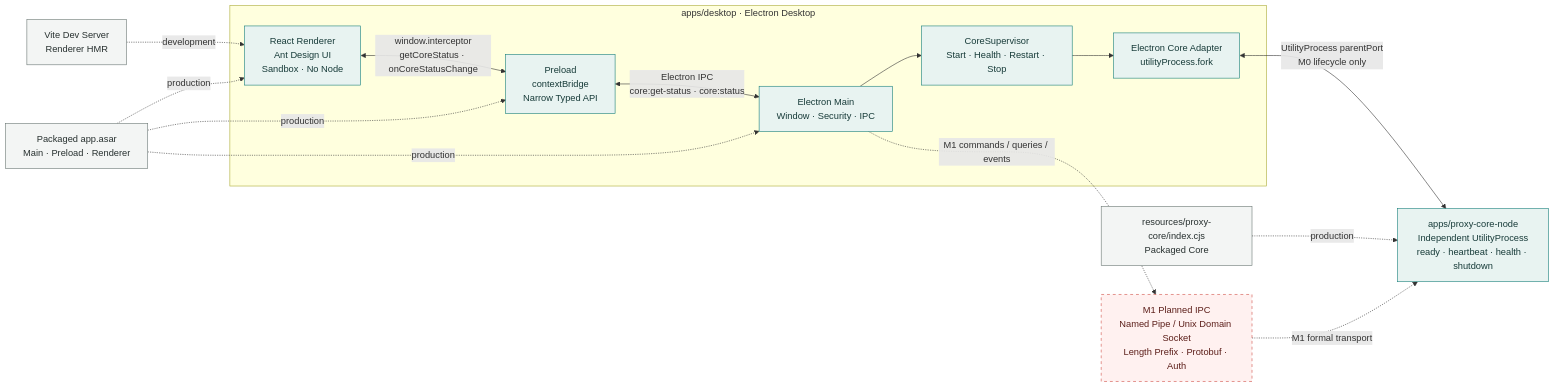
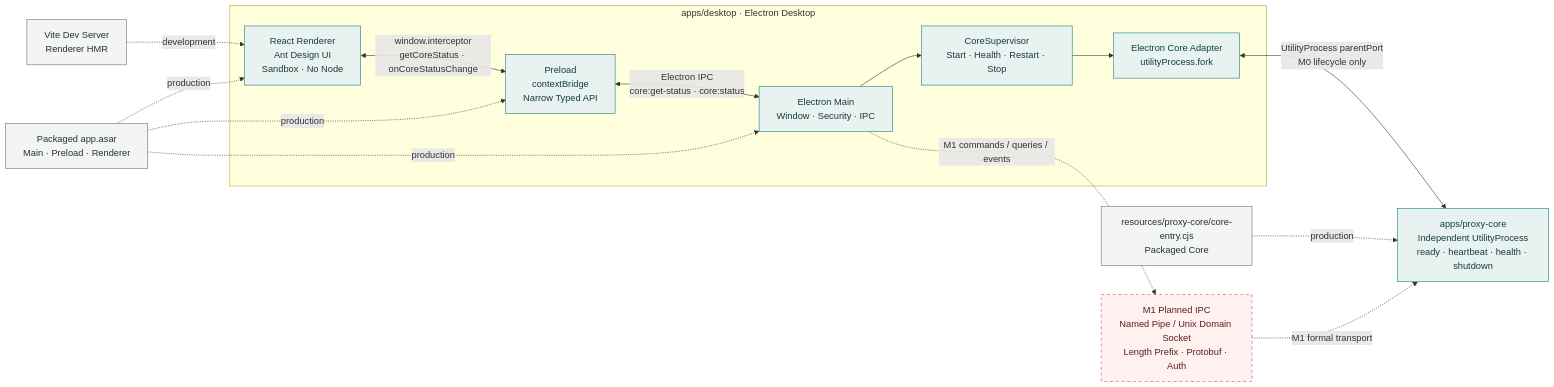
Before and after one commit to zhxmt-xm/Interceptor: the diagram in stages/M0.md, drawn with Mermaid. The commit also changed other lines of this file and 46 other files, not shown here.

Commit message:
feat: complete M1 core process foundation

````diff
--- a/stages/M0.md
+++ b/stages/M0.md
@@ -243,39 +247,39 @@
 ```mermaid
 flowchart LR
 	subgraph DESKTOP["apps/desktop · Electron Desktop"]
 		RENDERER["React Renderer<br/>Ant Design UI<br/>Sandbox · No Node"]
 		PRELOAD["Preload<br/>contextBridge<br/>Narrow Typed API"]
 		MAIN["Electron Main<br/>Window · Security · IPC"]
 		SUPERVISOR["CoreSupervisor<br/>Start · Health · Restart · Stop"]
 		ADAPTER["Electron Core Adapter<br/>utilityProcess.fork"]
 	end
 
-	CORE["apps/proxy-core-node<br/>Independent UtilityProcess<br/>ready · heartbeat · health · shutdown"]
+	CORE["apps/proxy-core<br/>Independent UtilityProcess<br/>ready · heartbeat · health · shutdown"]
 	VITE["Vite Dev Server<br/>Renderer HMR"]
 	ASAR["Packaged app.asar<br/>Main · Preload · Renderer"]
-	RESOURCE["resources/proxy-core/index.cjs<br/>Packaged Core"]
+	RESOURCE["resources/proxy-core/core-entry.cjs<br/>Packaged Core"]
 	FUTURE["M1 Planned IPC<br/>Named Pipe / Unix Domain Socket<br/>Length Prefix · Protobuf · Auth"]
 
 	RENDERER <-->|"window.interceptor<br/>getCoreStatus · onCoreStatusChange"| PRELOAD
 	PRELOAD <-->|"Electron IPC<br/>core:get-status · core:status"| MAIN
 	MAIN --> SUPERVISOR
 	SUPERVISOR --> ADAPTER
 	ADAPTER <-->|"UtilityProcess parentPort<br/>M0 lifecycle only"| CORE
 
 	VITE -. "development" .-> RENDERER
 	ASAR -. "production" .-> MAIN
 	ASAR -. "production" .-> PRELOAD
 	ASAR -. "production" .-> RENDERER
 	RESOURCE -. "production" .-> CORE
 
 	MAIN -. "M1 commands / queries / events" .-> FUTURE
 	FUTURE -. "M1 formal transport" .-> CORE
 
 	classDef current fill:#e8f3f1,stroke:#147d78,color:#173b39;
 	classDef build fill:#f3f5f4,stroke:#697572,color:#27302f;
 	classDef future fill:#fff1f0,stroke:#cf4c43,color:#5c1e19,stroke-dasharray:5 5;
 
 	class RENDERER,PRELOAD,MAIN,SUPERVISOR,ADAPTER,CORE current;
 	class VITE,ASAR,RESOURCE build;
 	class FUTURE future;
 ```
````
